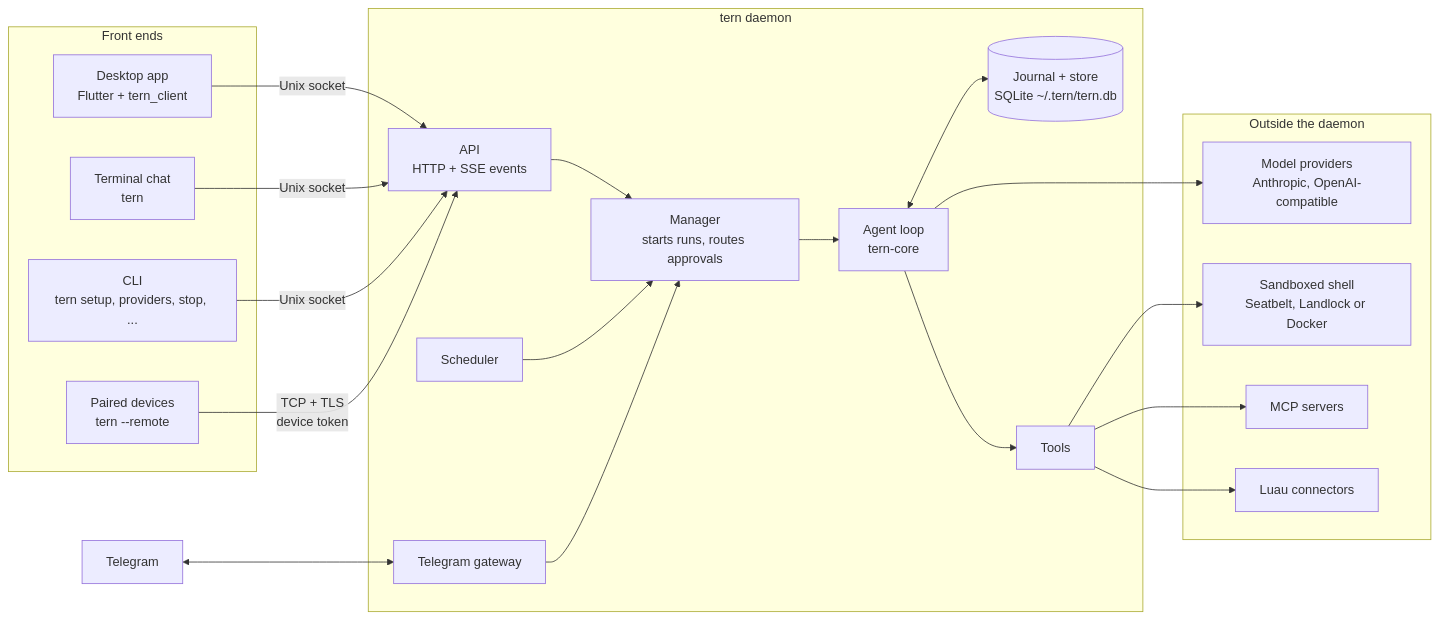
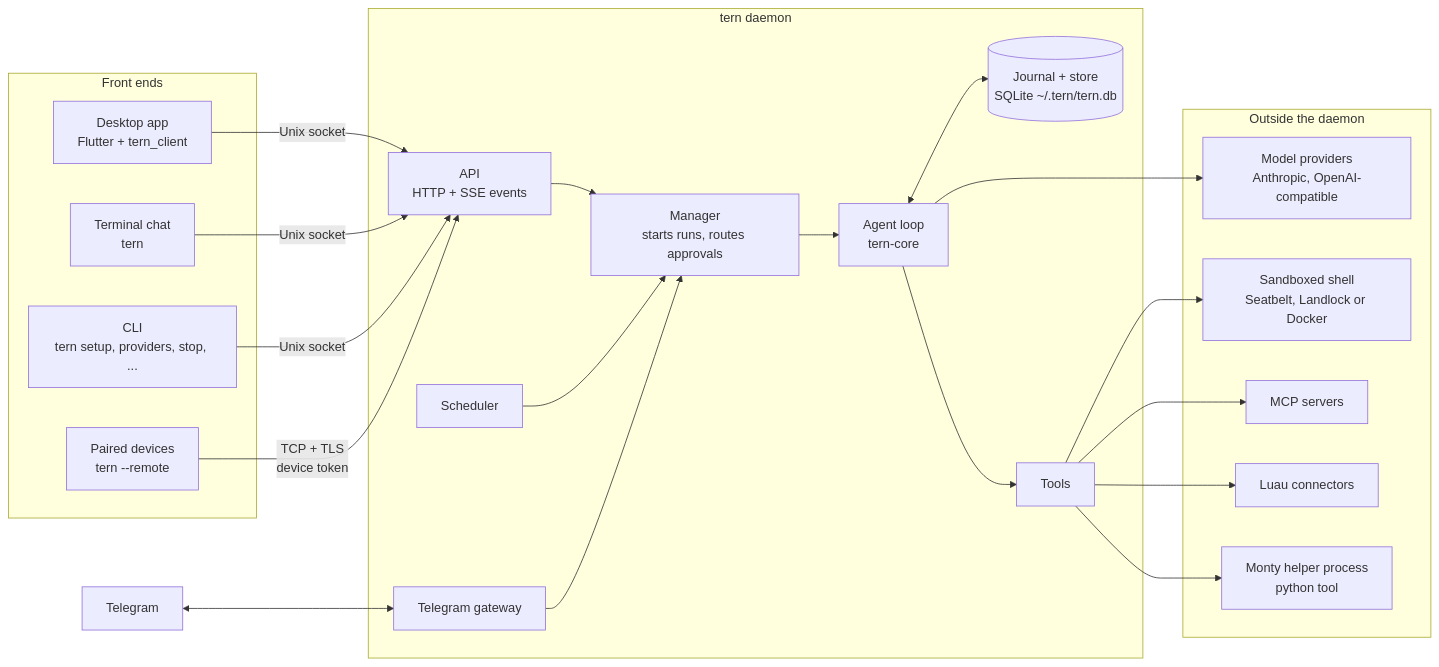
The first of 5 diagrams in README.md (mitchellalderson/tern-agent), drawn with Mermaid before and after one commit. The commit also changed other lines of this file, not shown here.

Commit message:
README: agents and starters, provider presets, scoped approvals, python tool, channels now built; shorter first-run path

````diff
--- a/README.md
+++ b/README.md
@@ -46,44 +61,46 @@
 ```mermaid
 flowchart LR
     subgraph clients["Front ends"]
         app["Desktop app<br/>Flutter + tern_client"]
         tui["Terminal chat<br/>tern"]
         cli["CLI<br/>tern setup, providers, stop, ..."]
         remote["Paired devices<br/>tern --remote"]
     end
     tg["Telegram"]
 
     subgraph daemon["tern daemon"]
         api["API<br/>HTTP + SSE events"]
         mgr["Manager<br/>starts runs, routes approvals"]
         sched["Scheduler"]
         gw["Telegram gateway"]
         agent["Agent loop<br/>tern-core"]
         journal[("Journal + store<br/>SQLite ~/.tern/tern.db")]
         tools["Tools"]
     end
 
     subgraph outside["Outside the daemon"]
         models["Model providers<br/>Anthropic, OpenAI-compatible"]
         sandbox["Sandboxed shell<br/>Seatbelt, Landlock or Docker"]
         mcp["MCP servers"]
         lua["Luau connectors"]
+        py["Monty helper process<br/>python tool"]
     end
 
     app -- "Unix socket" --> api
     tui -- "Unix socket" --> api
     cli -- "Unix socket" --> api
     remote -- "TCP + TLS<br/>device token" --> api
     tg <--> gw
 
     api --> mgr
     sched --> mgr
     gw --> mgr
     mgr --> agent
     agent <--> journal
     agent --> models
     agent --> tools
     tools --> sandbox
     tools --> mcp
     tools --> lua
+    tools --> py
 ```
````
